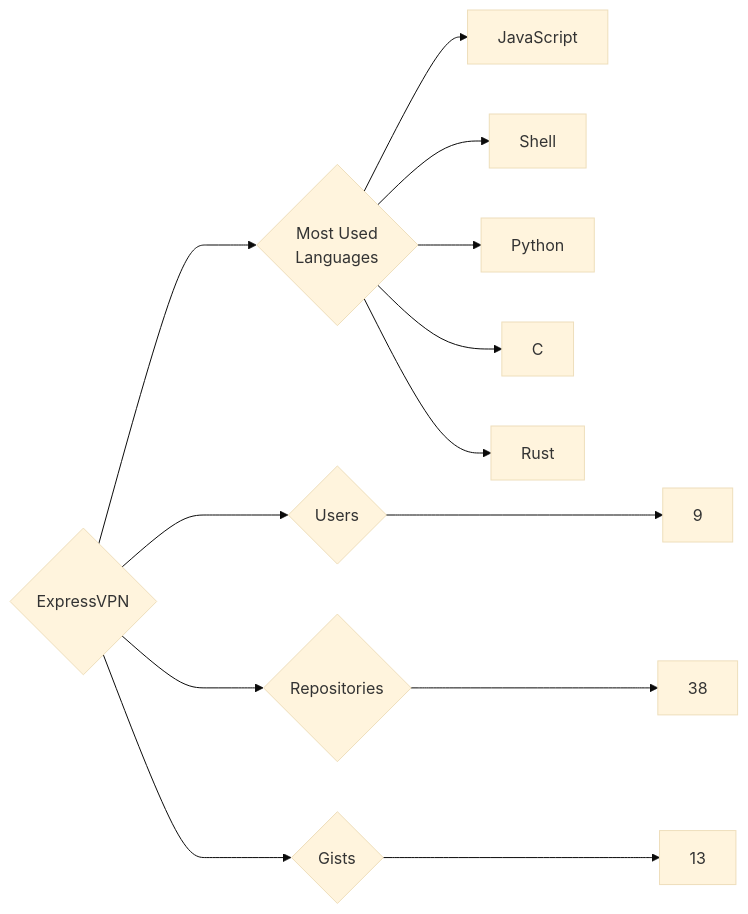
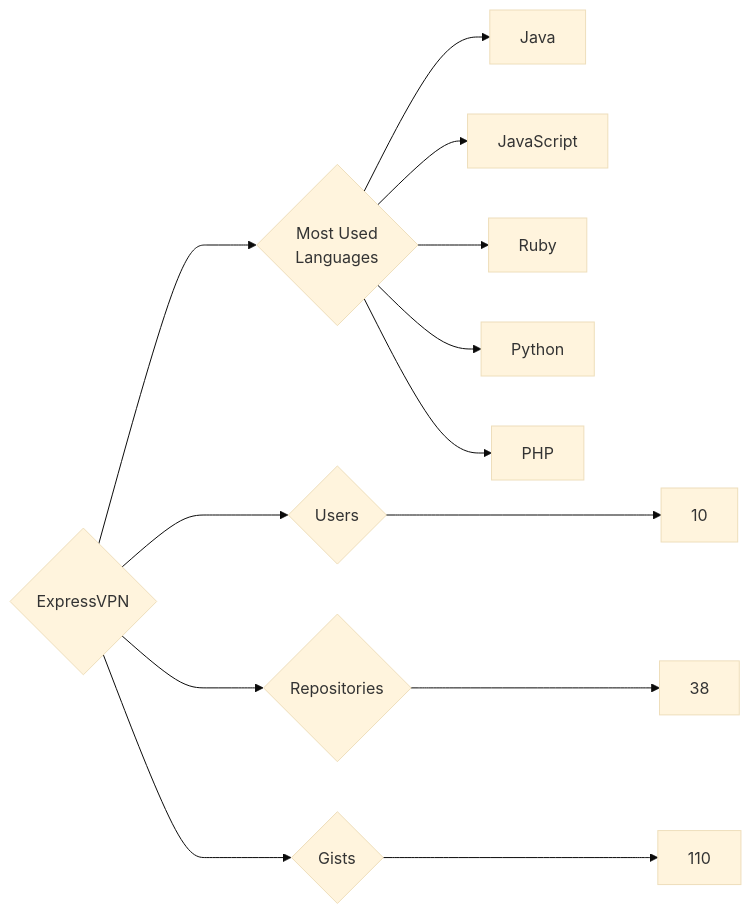
The diagram in targets/ExpressVPN/README.md (trickest/insiders), drawn with Mermaid (base theme) before and after one commit. The commit also changed 1084 other files, not shown here.

````diff
--- a/targets/ExpressVPN/README.md
+++ b/targets/ExpressVPN/README.md
@@ -3,13 +3,13 @@
 ```mermaid
 graph LR
 COMPANY_NAME{ExpressVPN}
-COMPANY_NAME ---> U{Users} ---> UN[9]
+COMPANY_NAME ---> U{Users} ---> UN[10]
 COMPANY_NAME ---> R{Repositories} ---> RN[38]
-COMPANY_NAME ---> G{Gists} ---> GN[13]
+COMPANY_NAME ---> G{Gists} ---> GN[110]
 COMPANY_NAME ---> ML{Most Used<br>Languages}
+ML --> Java[Java]
 ML --> JavaScript[JavaScript]
-ML --> Shell[Shell]
+ML --> Ruby[Ruby]
 ML --> Python[Python]
-ML --> C[C]
-ML --> Rust[Rust]
+ML --> PHP[PHP]
 ```
````
